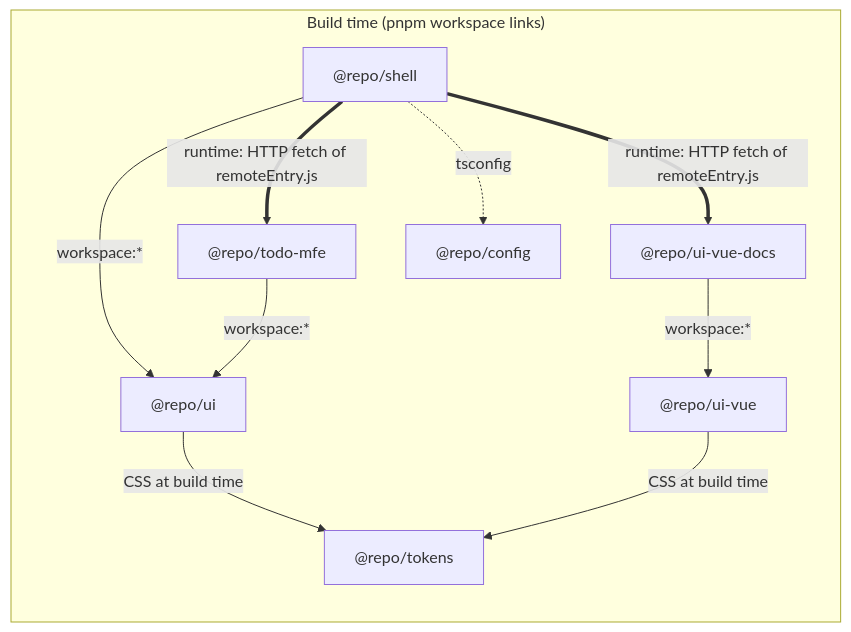
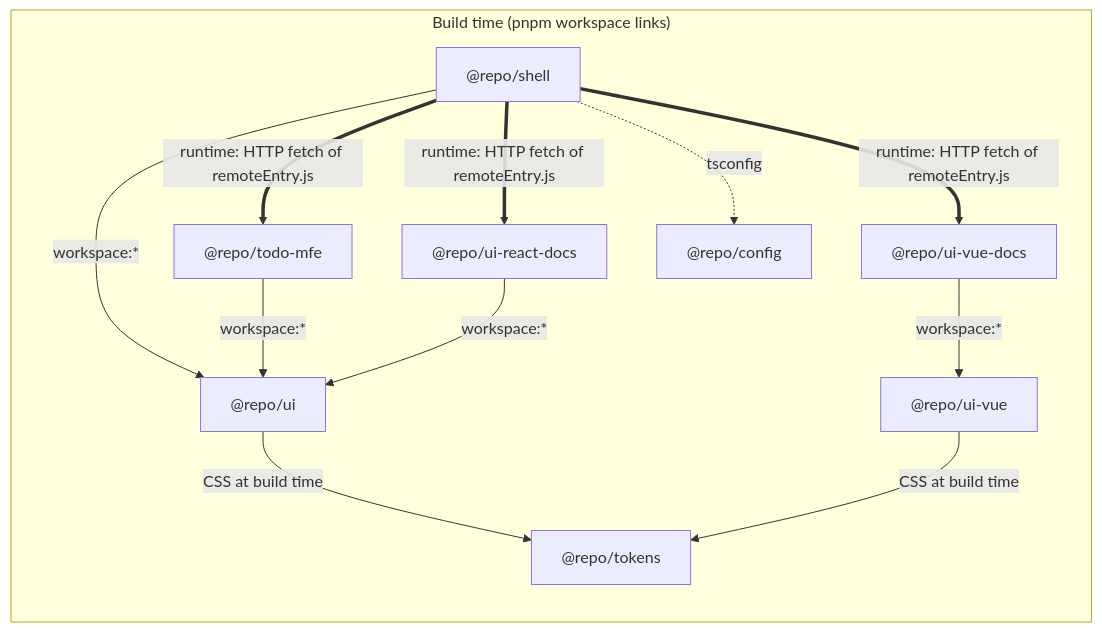
One commit to themis1986/hybrid-mfe-lab changed the first of 2 diagrams in documents/how-it-works.md. Above: the diagram before and after it, drawn with Mermaid. The commit also changed other lines of this file and 5 other files, not shown here.

Commit message:
docs: the React docs remote

````diff
--- a/documents/how-it-works.md
+++ b/documents/how-it-works.md
@@ -34,13 +35,15 @@
 ```mermaid
 graph LR
   subgraph "Build time (pnpm workspace links)"
     shell["@repo/shell"] -- "workspace:*" --> ui["@repo/ui"]
     mfe["@repo/todo-mfe"] -- "workspace:*" --> ui
     docs["@repo/ui-vue-docs"] -- "workspace:*" --> uivue["@repo/ui-vue"]
+    rdocs["@repo/ui-react-docs"] -- "workspace:*" --> ui
     ui -- "CSS at build time" --> tokens["@repo/tokens"]
     uivue -- "CSS at build time" --> tokens
     shell -. tsconfig .-> config["@repo/config"]
   end
   shell == "runtime: HTTP fetch of remoteEntry.js" ==> mfe
   shell == "runtime: HTTP fetch of remoteEntry.js" ==> docs
+  shell == "runtime: HTTP fetch of remoteEntry.js" ==> rdocs
 ```
````
